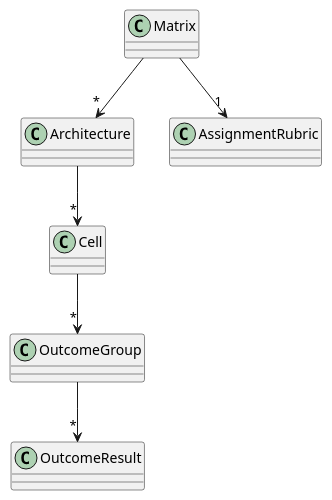
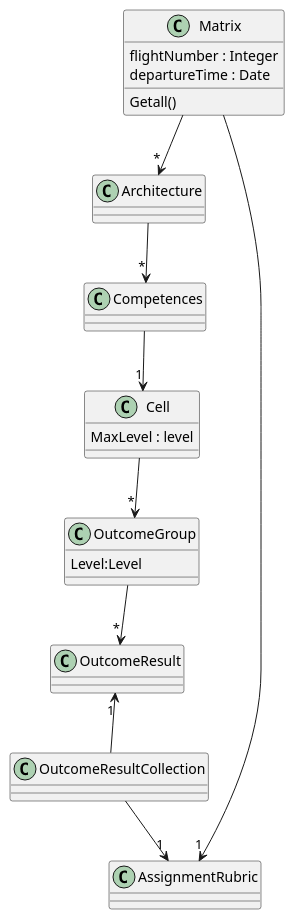
Before and after one commit to DennisCoolsDCSoft/CanvasKpi: the diagram in uml.puml, drawn with PlantUML. The commit also changed other lines of this file and 6 other files, not shown here.

```diff
--- a/uml.puml
+++ b/uml.puml
@@ -1,8 +1,28 @@
 @startuml
+class Matrix {
+   flightNumber : Integer
+   departureTime : Date
+   Getall()
+}
+
+class Cell{
+MaxLevel : level
+}
+
+class OutcomeGroup{
+Level:Level
+}
+
+
 Matrix --> "*" Architecture
-Architecture --> "*" Cell
+
+Architecture --> "*" Competences
+Competences  --> "1" Cell
 Cell --> "*" OutcomeGroup
 OutcomeGroup --> "*" OutcomeResult
+OutcomeResult "1"<-- OutcomeResultCollection
+OutcomeResultCollection --> "1" AssignmentRubric
 
 Matrix --> "1" AssignmentRubric
+
 @enduml
```
